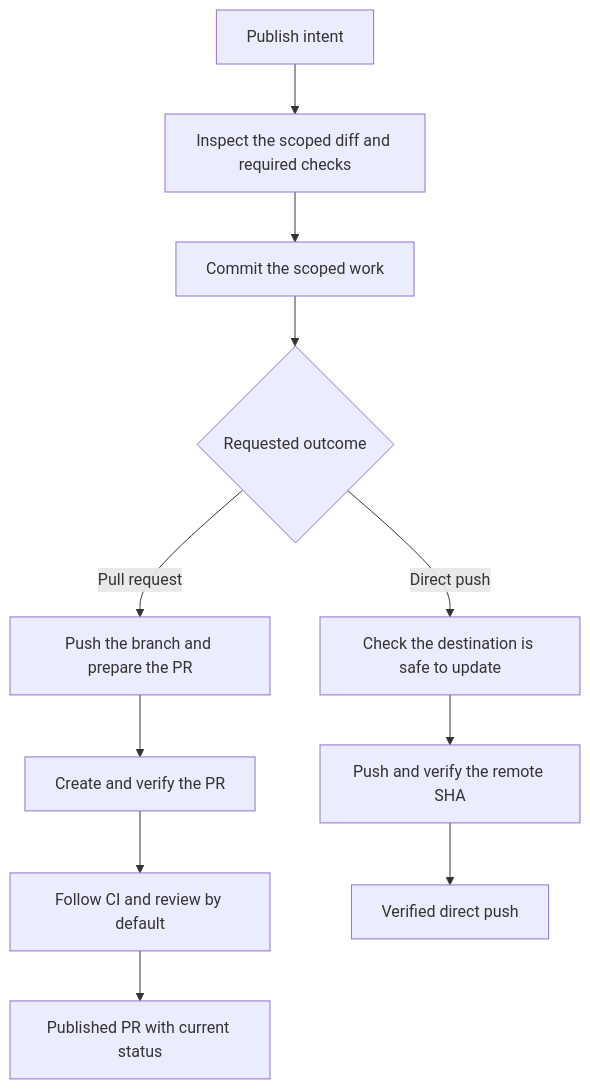
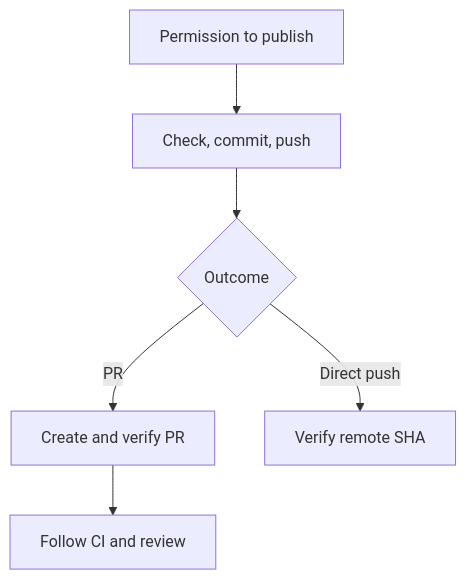
One commit to vltansky/vs changed the fourth of 4 diagrams in README.md. Above: the diagram before and after it, drawn with Mermaid. The commit also changed other lines of this file, not shown here.

````diff
--- a/README.md
+++ b/README.md
@@ -82,13 +41,6 @@
 ```mermaid
 flowchart TD
-    I[Publish intent] --> S[Inspect the scoped diff and required checks]
-    S --> C[Commit the scoped work]
-    C --> D{Requested outcome}
-    D -- Pull request --> P[Push the branch and prepare the PR]
-    P --> R[Create and verify the PR]
-    R --> W[Follow CI and review by default]
-    W --> O[Published PR with current status]
-    D -- Direct push --> F[Check the destination is safe to update]
-    F --> U[Push and verify the remote SHA]
-    U --> X[Verified direct push]
+    I[Permission to publish] --> C[Check, commit, push] --> D{Outcome}
+    D -- PR --> P[Create and verify PR] --> W[Follow CI and review]
+    D -- Direct push --> V[Verify remote SHA]
 ```
````
